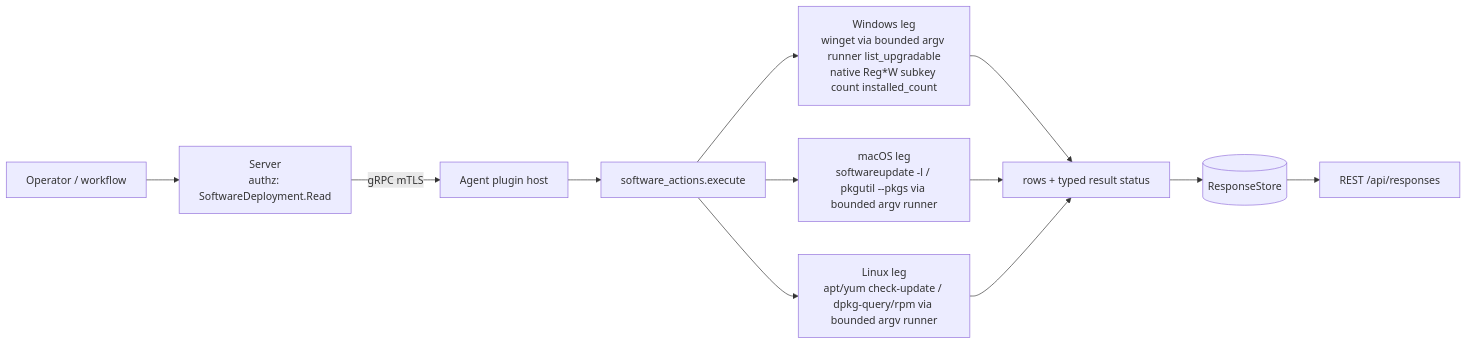
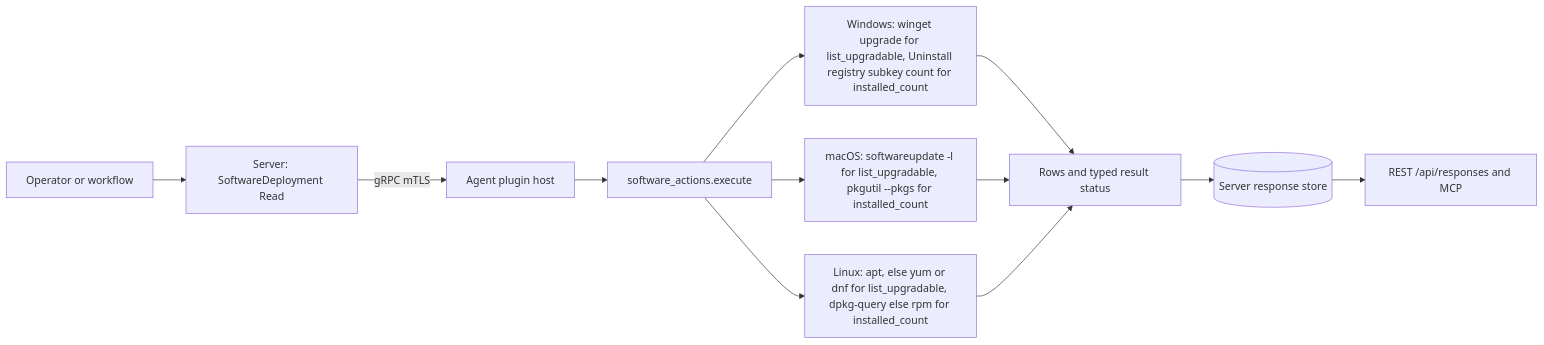
One commit to DevNullLtd/Yuzu changed the first of 2 diagrams in agents/plugins/software_actions/README.md. Above: the diagram before and after it, drawn with Mermaid. The commit also changed other lines of this file and 9 other files, not shown here.

Commit message:
docs(plugins): refresh the event_logs, disk_actions, power_health, software_actions and script_exec READMEs

````diff
--- a/agents/plugins/software_actions/README.md
+++ b/agents/plugins/software_actions/README.md
@@ -21,9 +21,12 @@
 ```mermaid
 flowchart LR
-  OP[Operator / workflow] --> SRV[Server<br/>authz: SoftwareDeployment.Read]
-  SRV -- gRPC mTLS --> HOST[Agent plugin host] --> EX[software_actions.execute]
-  EX --> WIN[Windows leg<br/>winget via bounded argv runner list_upgradable<br/>native Reg*W subkey count installed_count]
-  EX --> MAC[macOS leg<br/>softwareupdate -l / pkgutil --pkgs via bounded argv runner]
-  EX --> LIN[Linux leg<br/>apt/yum check-update / dpkg-query/rpm via bounded argv runner]
-  WIN & MAC & LIN --> ROWS[rows + typed result status] --> RS[(ResponseStore)] --> API[REST /api/responses]
+  OP["Operator or workflow"] --> SRV["Server: SoftwareDeployment Read"]
+  SRV -->|"gRPC mTLS"| HOST["Agent plugin host"] --> EX["software_actions.execute"]
+  EX --> WIN["Windows: winget upgrade for list_upgradable, Uninstall registry subkey count for installed_count"]
+  EX --> MAC["macOS: softwareupdate -l for list_upgradable, pkgutil --pkgs for installed_count"]
+  EX --> LIN["Linux: apt, else yum or dnf for list_upgradable, dpkg-query else rpm for installed_count"]
+  WIN --> ROWS["Rows and typed result status"]
+  MAC --> ROWS
+  LIN --> ROWS
+  ROWS --> RS[("Server response store")] --> API["REST /api/responses and MCP"]
 ```
````
